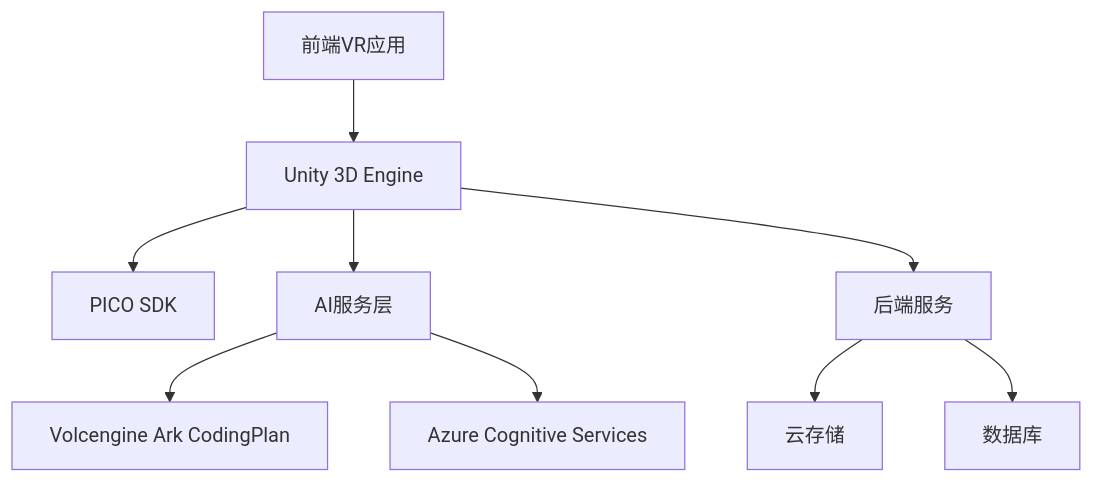
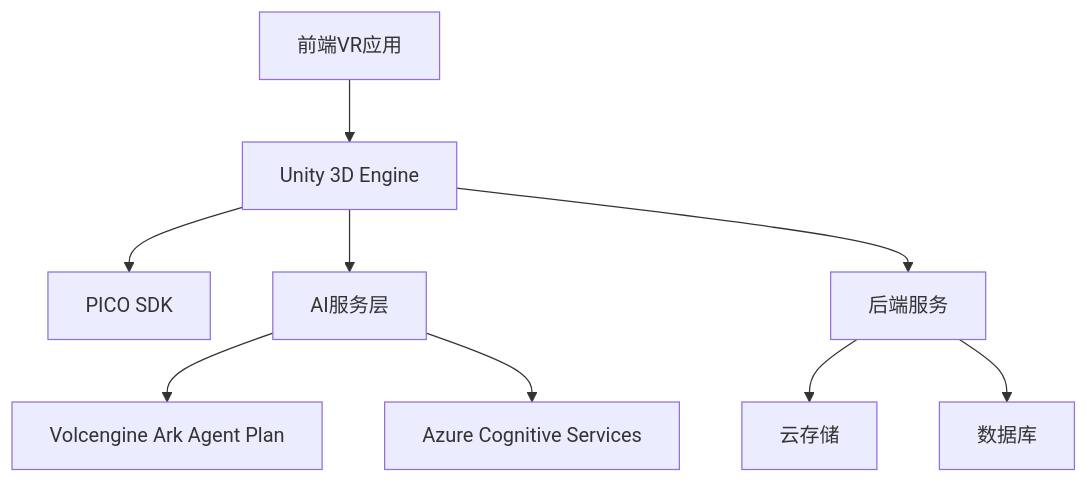
Before and after one commit to trip-meta/TripMeta: the diagram in docs/TECH_STACK.md, drawn with Mermaid. The commit also changed other lines of this file and 6 other files, not shown here.

Commit message:
feat: migrate TripMeta to Ark Agent Plan

````diff
--- a/docs/TECH_STACK.md
+++ b/docs/TECH_STACK.md
@@ -16,11 +16,11 @@
 ```mermaid
 graph TB
     A[前端VR应用] --> B[Unity 3D Engine]
     B --> C[PICO SDK]
     B --> D[AI服务层]
-    D --> E[Volcengine Ark CodingPlan]
+    D --> E[Volcengine Ark Agent Plan]
     D --> F[Azure Cognitive Services]
     B --> G[后端服务]
     G --> H[云存储]
     G --> I[数据库]
 ```
````
